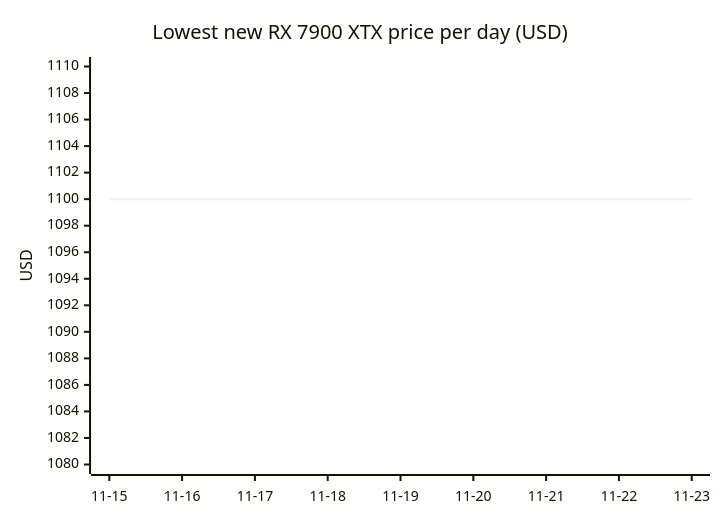
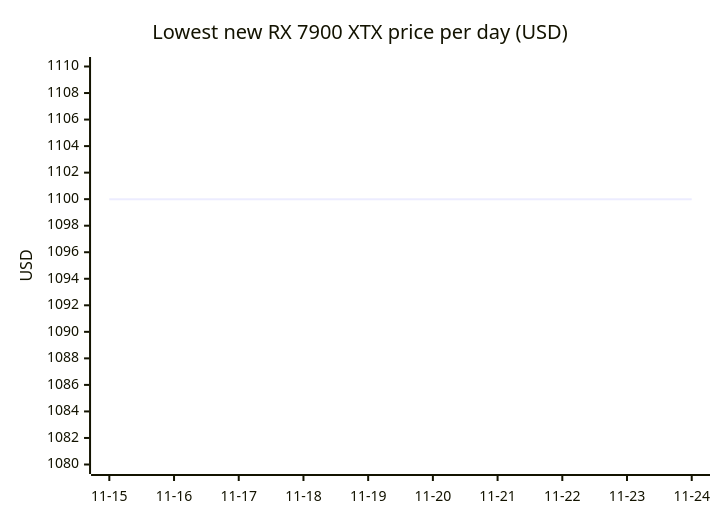
One commit to 7324136828/4tb_ssd_price_watch changed diagram 13 of 18 in README.md. Above: the diagram before and after it, drawn with Mermaid. The commit also changed other lines of this file, not shown here.

````diff
--- a/README.md
+++ b/README.md
@@ -1167,7 +1237,7 @@
 ```mermaid
 xychart-beta
     title "Lowest new RX 7900 XTX price per day (USD)"
-    x-axis ["11-15", "11-16", "11-17", "11-18", "11-19", "11-20", "11-21", "11-22", "11-23"]
+    x-axis ["11-15", "11-16", "11-17", "11-18", "11-19", "11-20", "11-21", "11-22", "11-23", "11-24"]
     y-axis "USD" 1080 --> 1110
-    line [1099.99, 1099.99, 1099.99, 1099.99, 1099.99, 1099.99, 1099.99, 1099.99, 1099.99]
+    line [1099.99, 1099.99, 1099.99, 1099.99, 1099.99, 1099.99, 1099.99, 1099.99, 1099.99, 1099.99]
 ```
````
